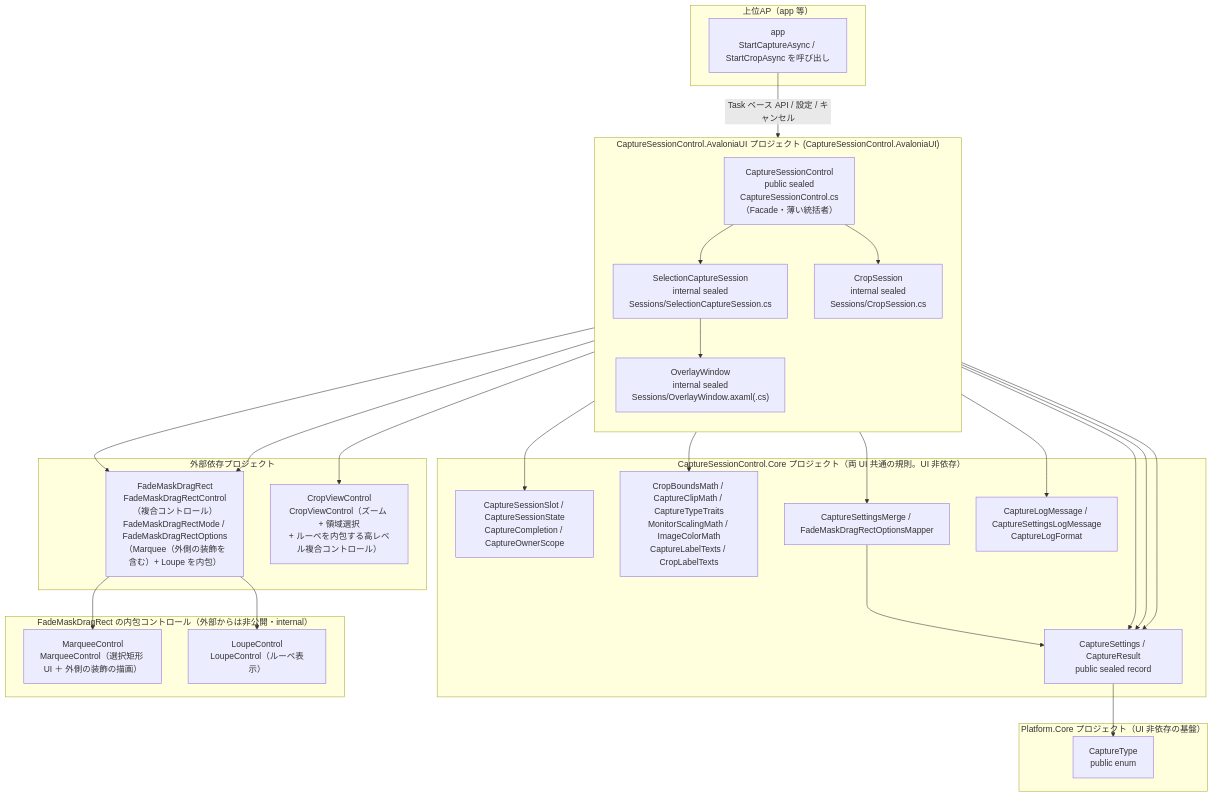
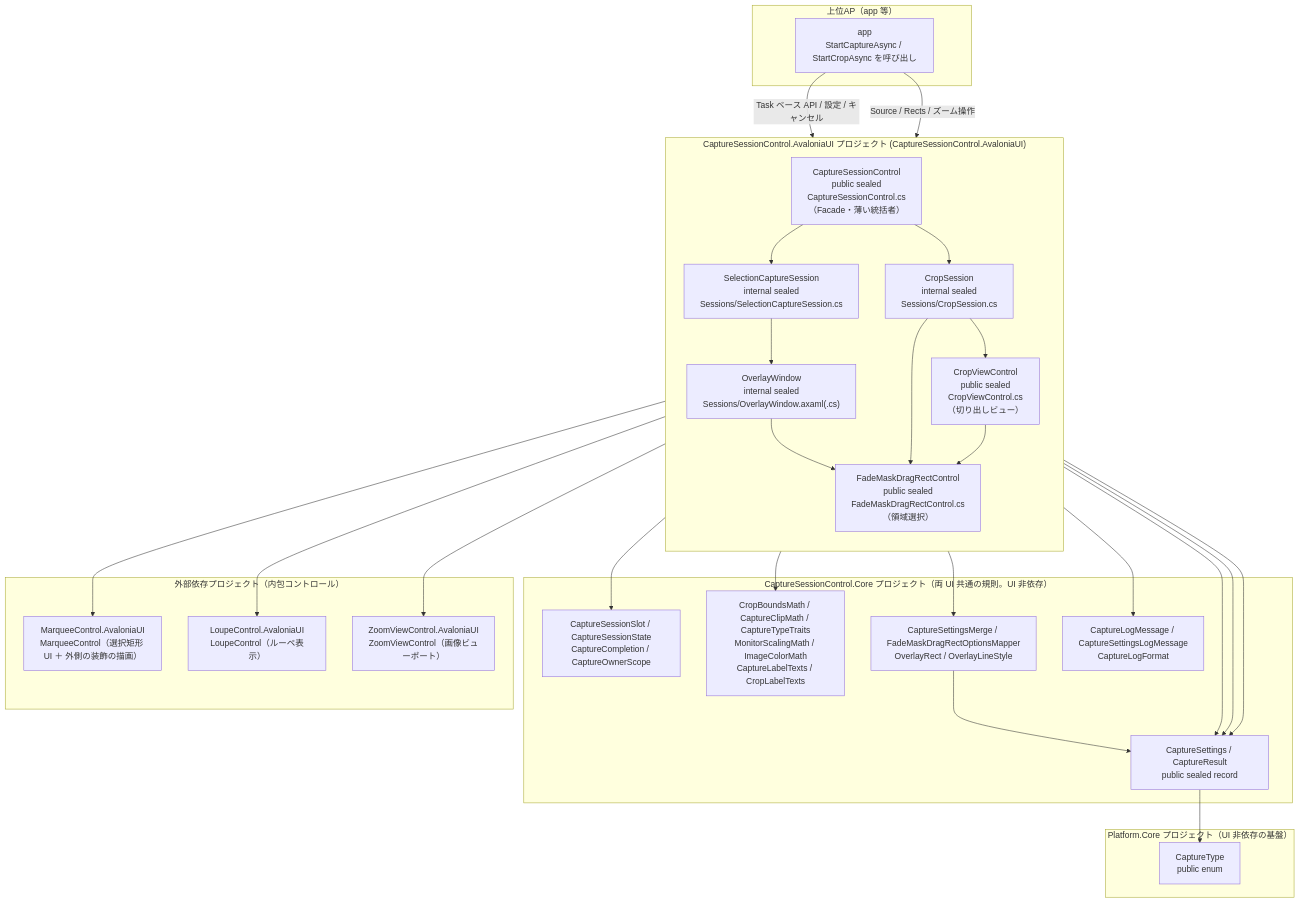
One commit to tomokuni/SaveEvidence changed the first of 2 diagrams in src/CaptureSessionControl.AvaloniaUI/SPEC_System.md. Above: the diagram before and after it, drawn with Mermaid. The commit also changed other lines of this file and 20 other files, not shown here.

````diff
--- a/src/CaptureSessionControl.AvaloniaUI/SPEC_System.md
+++ b/src/CaptureSessionControl.AvaloniaUI/SPEC_System.md
@@ -87,50 +94,52 @@
 ```mermaid
 flowchart TB
     subgraph Host["上位AP（app 等）"]
         AP["app<br/>StartCaptureAsync / StartCropAsync を呼び出し"]
     end
     subgraph SC["CaptureSessionControl.AvaloniaUI プロジェクト (CaptureSessionControl.AvaloniaUI)"]
         direction TB
         Fac["CaptureSessionControl<br/>public sealed<br/>CaptureSessionControl.cs<br/>（Facade・薄い統括者）"]
         CS["SelectionCaptureSession<br/>internal sealed<br/>Sessions/SelectionCaptureSession.cs"]
         CrS["CropSession<br/>internal sealed<br/>Sessions/CropSession.cs"]
         OW["OverlayWindow<br/>internal sealed<br/>Sessions/OverlayWindow.axaml(.cs)"]
+        CV["CropViewControl<br/>public sealed<br/>CropViewControl.cs<br/>（切り出しビュー）"]
+        FDR["FadeMaskDragRectControl<br/>public sealed<br/>FadeMaskDragRectControl.cs<br/>（領域選択）"]
     end
     subgraph Core["CaptureSessionControl.Core プロジェクト（両 UI 共通の規則。UI 非依存）"]
         CS2["CaptureSettings / CaptureResult<br/>public sealed record"]
         Sl["CaptureSessionSlot / CaptureSessionState<br/>CaptureCompletion / CaptureOwnerScope"]
         Math["CropBoundsMath / CaptureClipMath / CaptureTypeTraits<br/>MonitorScalingMath / ImageColorMath<br/>CaptureLabelTexts / CropLabelTexts"]
-        Mg["CaptureSettingsMerge / FadeMaskDragRectOptionsMapper"]
+        Mg["CaptureSettingsMerge / FadeMaskDragRectOptionsMapper<br/>OverlayRect / OverlayLineStyle"]
         Log["CaptureLogMessage / CaptureSettingsLogMessage<br/>CaptureLogFormat"]
     end
     subgraph PC["Platform.Core プロジェクト（UI 非依存の基盤）"]
         Ct["CaptureType<br/>public enum"]
     end
-    subgraph Dep["外部依存プロジェクト"]
-        FDR["FadeMaskDragRect<br/>FadeMaskDragRectControl（複合コントロール）<br/>FadeMaskDragRectMode / FadeMaskDragRectOptions<br/>（Marquee（外側の装飾を含む）+ Loupe を内包）"]
-        CV["CropViewControl<br/>CropViewControl（ズーム + 領域選択<br/>+ ルーペを内包する高レベル複合コントロール）"]
-    end
-    subgraph FMCInternal["FadeMaskDragRect の内包コントロール（外部からは非公開・internal）"]
-        DR["MarqueeControl<br/>MarqueeControl（選択矩形 UI ＋ 外側の装飾の描画）"]
-        LP["LoupeControl<br/>LoupeControl（ルーペ表示）"]
+    subgraph Dep["外部依存プロジェクト（内包コントロール）"]
+        DR["MarqueeControl.AvaloniaUI<br/>MarqueeControl（選択矩形 UI ＋ 外側の装飾の描画）"]
+        LP["LoupeControl.AvaloniaUI<br/>LoupeControl（ルーペ表示）"]
+        ZV["ZoomViewControl.AvaloniaUI<br/>ZoomViewControl（画像ビューポート）"]
     end
 
     AP -->|"Task ベース API / 設定 / キャンセル"| Fac
+    AP -->|"Source / Rects / ズーム操作"| CV
     Fac --> CS
     Fac --> CrS
     Fac --> Sl
     Fac --> Mg
     CS --> OW
     CS --> Log
     CS --> Math
     CrS --> CV
     OW --> FDR
     CrS --> FDR
+    CV --> FDR
+    CV --> ZV
     FDR --> DR
     FDR --> LP
     Fac --> CS2
     CS --> CS2
     CrS --> CS2
     Mg --> CS2
     CS2 --> Ct
 ```
````
